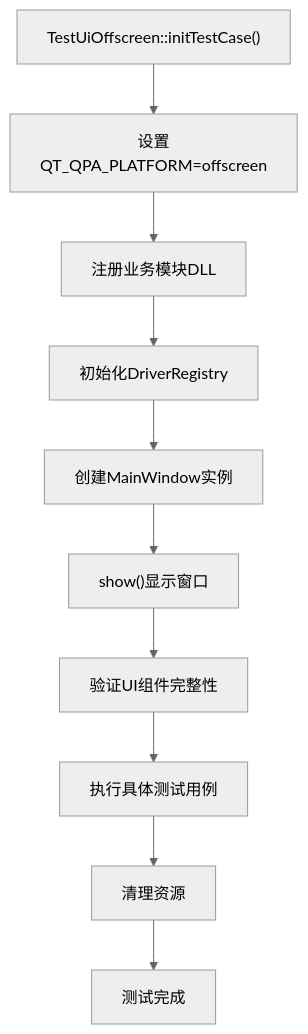
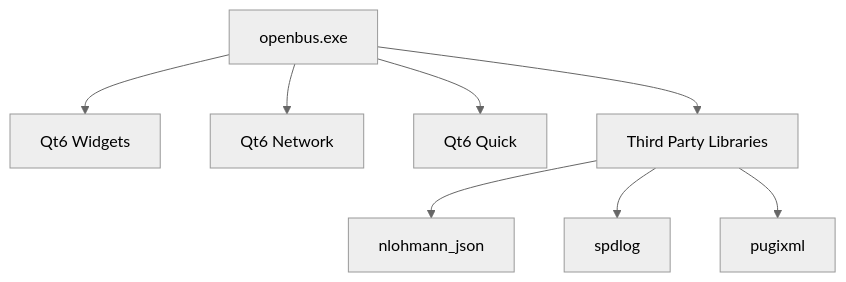
One commit to jakecai1225-design/OpenBus changed the third of 3 diagrams in .qoder/repowiki/zh/content/开发指南/自动化测试框架.md. Above: the diagram before and after it, drawn with Mermaid (neutral theme). The commit also changed other lines of this file and 11 other files, not shown here.

````diff
--- a/.qoder/repowiki/zh/content/开发指南/自动化测试框架.md
+++ b/.qoder/repowiki/zh/content/开发指南/自动化测试框架.md
@@ -262,12 +152,10 @@
 ```mermaid
-flowchart TD
-Init["TestUiOffscreen::initTestCase()"] --> Setup["设置QT_QPA_PLATFORM=offscreen"]
-Setup --> Register["注册业务模块DLL"]
-Register --> Driver["初始化DriverRegistry"]
-Driver --> CreateWin["创建MainWindow实例"]
-CreateWin --> Show["show()显示窗口"]
-Show --> Verify["验证UI组件完整性"]
-Verify --> TestCases["执行具体测试用例"]
-TestCases --> Cleanup["清理资源"]
-Cleanup --> End["测试完成"]
+graph TD
+A["openbus.exe"] --> B["Qt6 Widgets"]
+A --> C["Qt6 Network"]
+A --> D["Qt6 Quick"]
+A --> E["Third Party Libraries"]
+E --> F["nlohmann_json"]
+E --> G["spdlog"]
+E --> H["pugixml"]
 ```
````
